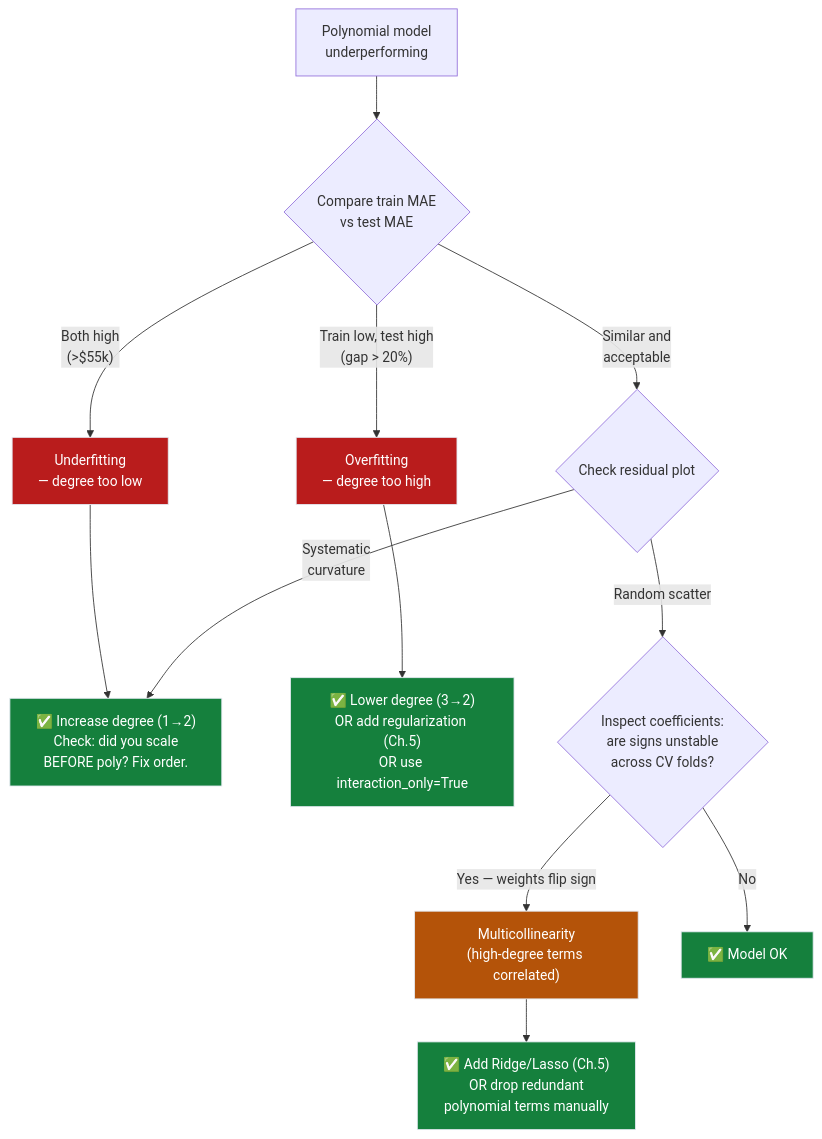
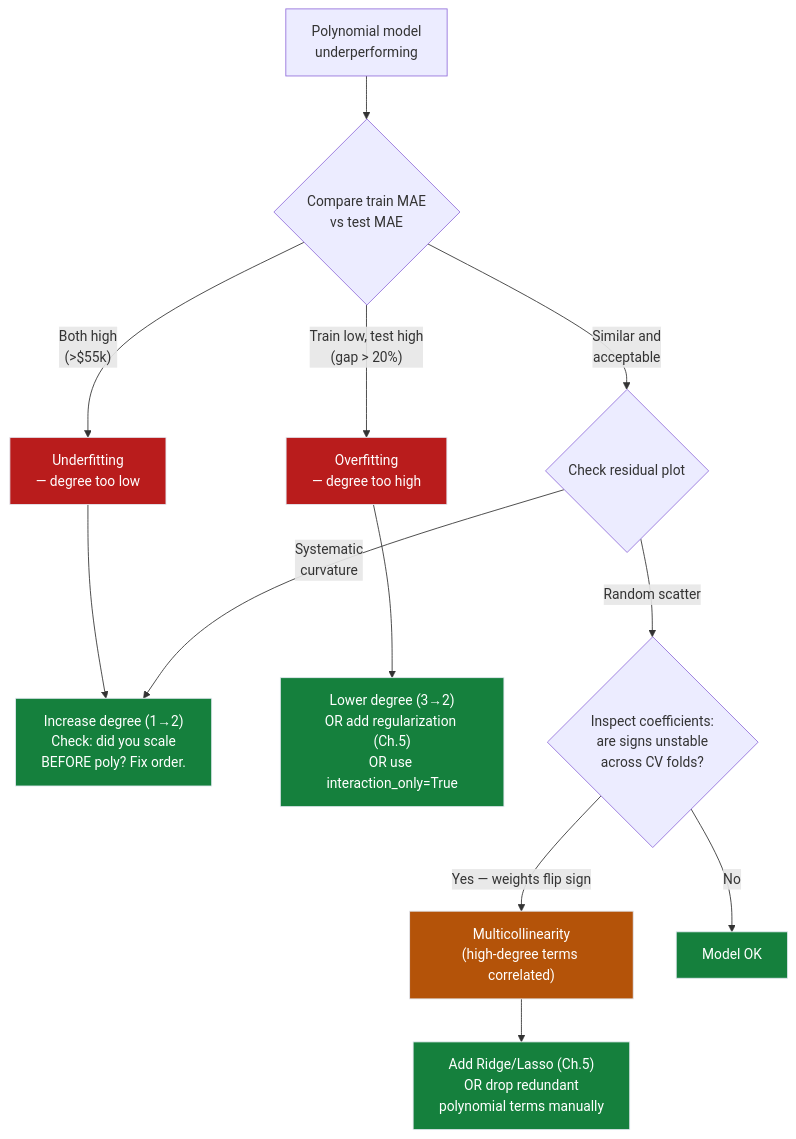
One commit to dsgouda7/ai-portfolio changed the fourth of 7 diagrams in notes/01-ml/01-regression/ch04_polynomial_features/README.md. Above: the diagram before and after it, drawn with Mermaid. The commit also changed other lines of this file and 179 other files, not shown here.

````diff
--- a/notes/01-ml/01-regression/ch04_polynomial_features/README.md
+++ b/notes/01-ml/01-regression/ch04_polynomial_features/README.md
@@ -505,27 +505,27 @@
 ```mermaid
 flowchart TD
-    SYMPTOM["Polynomial model\nunderperforming"] --> Q1{"Compare train MAE\nvs test MAE"}
+ SYMPTOM["Polynomial model\nunderperforming"] --> Q1{"Compare train MAE\nvs test MAE"}
 
-    Q1 -->|"Both high\n(>$55k)"| UNDERFIT["Underfitting\n— degree too low"]
-    Q1 -->|"Train low, test high\n(gap > 20%)"| OVERFIT["Overfitting\n— degree too high"]
-    Q1 -->|"Similar and\nacceptable"| Q2{"Check residual plot"}
+ Q1 -->|"Both high\n(>$55k)"| UNDERFIT["Underfitting\n— degree too low"]
+ Q1 -->|"Train low, test high\n(gap > 20%)"| OVERFIT["Overfitting\n— degree too high"]
+ Q1 -->|"Similar and\nacceptable"| Q2{"Check residual plot"}
 
-    UNDERFIT --> FIX1["✅ Increase degree (1→2)\nCheck: did you scale\nBEFORE poly? Fix order."]
-    OVERFIT --> FIX2["✅ Lower degree (3→2)\nOR add regularization (Ch.5)\nOR use interaction_only=True"]
+ UNDERFIT --> FIX1[" Increase degree (1→2)\nCheck: did you scale\nBEFORE poly? Fix order."]
+ OVERFIT --> FIX2[" Lower degree (3→2)\nOR add regularization (Ch.5)\nOR use interaction_only=True"]
 
-    Q2 -->|"Systematic\ncurvature"| FIX1
-    Q2 -->|"Random scatter"| Q3{"Inspect coefficients:\nare signs unstable\nacross CV folds?"}
+ Q2 -->|"Systematic\ncurvature"| FIX1
+ Q2 -->|"Random scatter"| Q3{"Inspect coefficients:\nare signs unstable\nacross CV folds?"}
 
-    Q3 -->|"Yes — weights flip sign"| MULTICO["Multicollinearity\n(high-degree terms correlated)"]
-    Q3 -->|"No"| DONE["✅ Model OK"]
+ Q3 -->|"Yes — weights flip sign"| MULTICO["Multicollinearity\n(high-degree terms correlated)"]
+ Q3 -->|"No"| DONE[" Model OK"]
 
-    MULTICO --> FIX3["✅ Add Ridge/Lasso (Ch.5)\nOR drop redundant\npolynomial terms manually"]
+ MULTICO --> FIX3[" Add Ridge/Lasso (Ch.5)\nOR drop redundant\npolynomial terms manually"]
 
-    style UNDERFIT fill:#b91c1c,stroke:#e2e8f0,color:#ffffff
-    style OVERFIT  fill:#b91c1c,stroke:#e2e8f0,color:#ffffff
-    style MULTICO  fill:#b45309,stroke:#e2e8f0,color:#ffffff
-    style FIX1     fill:#15803d,stroke:#e2e8f0,color:#ffffff
-    style FIX2     fill:#15803d,stroke:#e2e8f0,color:#ffffff
-    style FIX3     fill:#15803d,stroke:#e2e8f0,color:#ffffff
-    style DONE     fill:#15803d,stroke:#e2e8f0,color:#ffffff
+ style UNDERFIT fill:#b91c1c,stroke:#e2e8f0,color:#ffffff
+ style OVERFIT fill:#b91c1c,stroke:#e2e8f0,color:#ffffff
+ style MULTICO fill:#b45309,stroke:#e2e8f0,color:#ffffff
+ style FIX1 fill:#15803d,stroke:#e2e8f0,color:#ffffff
+ style FIX2 fill:#15803d,stroke:#e2e8f0,color:#ffffff
+ style FIX3 fill:#15803d,stroke:#e2e8f0,color:#ffffff
+ style DONE fill:#15803d,stroke:#e2e8f0,color:#ffffff
 ```
````
